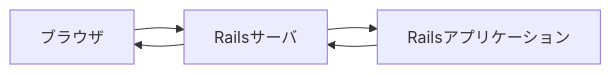
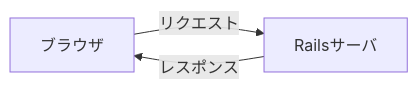
One commit to TORIFUKUKaiou/rails-dojo-year1-content changed the third of 6 diagrams in 11/orientation.md. Above: the diagram before and after it, drawn with Mermaid. The commit also changed other lines of this file, not shown here.

````diff
--- a/11/orientation.md
+++ b/11/orientation.md
@@ -86,7 +91,5 @@
 ```mermaid
 flowchart LR
-    A[ブラウザ] --> B[Railsサーバ]
-    B --> C[Railsアプリケーション]
-    C --> B
-    B --> A
+    A[ブラウザ] -- リクエスト --> B[Railsサーバ]
+    B -- レスポンス --> A
 ```
````
